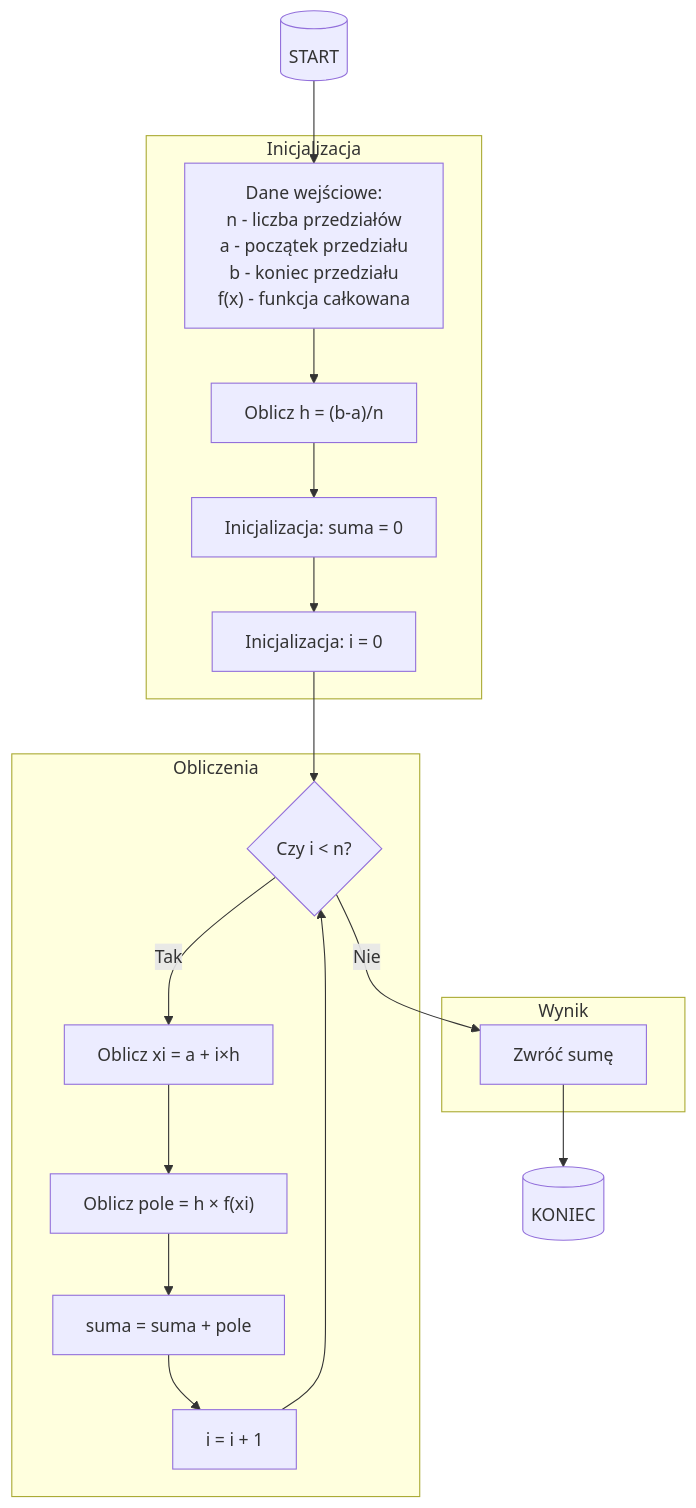
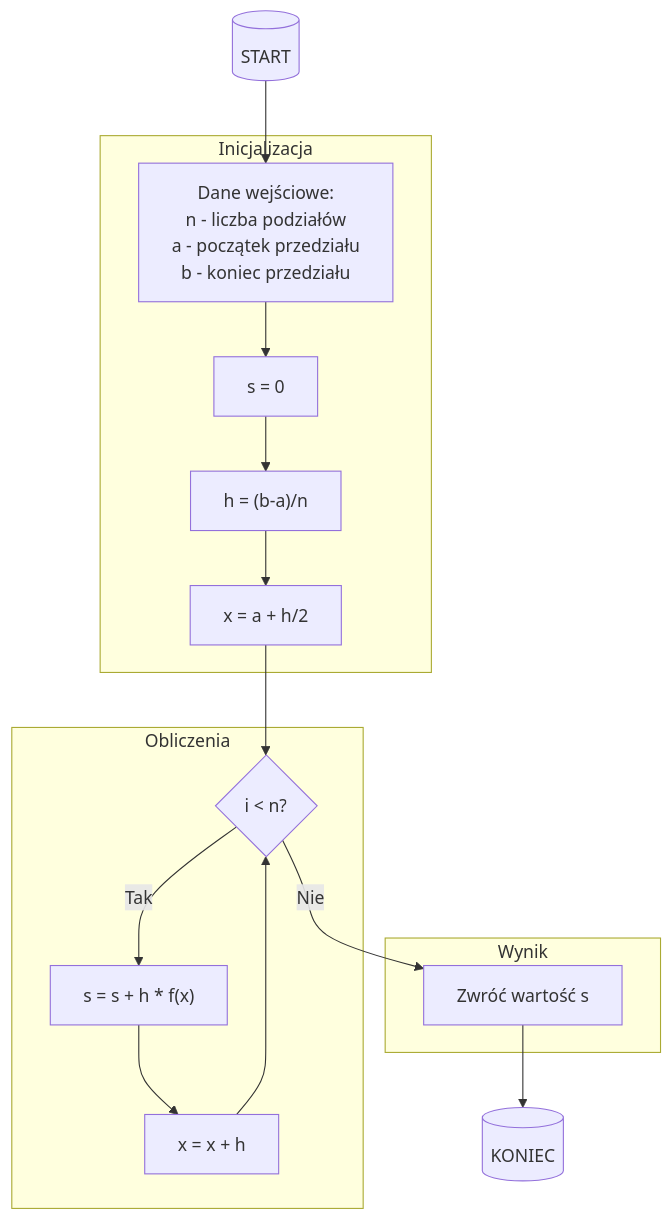
Before and after one commit to Mateuszpietrusinski/algorithms-1: the first of 3 diagrams in AiSD6_C5A/exercise_1/readme.md, drawn with Mermaid. The commit also changed other lines of this file and 2 other files, not shown here.

````diff
--- a/AiSD6_C5A/exercise_1/readme.md
+++ b/AiSD6_C5A/exercise_1/readme.md
@@ -4,51 +4,36 @@
 ```mermaid
 graph TD
     Start[("START")]
-    Input["Dane wejściowe:
-    n - liczba przedziałów
-    a - początek przedziału
-    b - koniec przedziału
-    f(x) - funkcja całkowana"]
-    CalcH["Oblicz h = (b-a)/n"]
-    InitSum["Inicjalizacja: suma = 0"]
-    InitI["Inicjalizacja: i = 0"]
-    CheckI{"Czy i < n?"}
-    CalcX["Oblicz xi = a + i×h"]
-    CalcArea["Oblicz pole = h × f(xi)"]
-    AddSum["suma = suma + pole"]
-    IncrI["i = i + 1"]
-    Return["Zwróć sumę"]
     End[("KONIEC")]
 
-    Start --> Input
-    Input --> CalcH
-    CalcH --> InitSum
-    InitSum --> InitI
-    InitI --> CheckI
-    CheckI -->|Tak| CalcX
-    CalcX --> CalcArea
-    CalcArea --> AddSum
-    AddSum --> IncrI
-    IncrI --> CheckI
-    CheckI -->|Nie| Return
-    Return --> End
-
     subgraph Inicjalizacja
-        Input
-        CalcH
-        InitSum
-        InitI
+        Input["Dane wejściowe:
+        n - liczba podziałów
+        a - początek przedziału
+        b - koniec przedziału"]
+        InitS["s = 0"]
+        CalcH["h = (b-a)/n"]
+        InitX["x = a + h/2"]
     end
 
     subgraph Obliczenia
-        CheckI
-        CalcX
-        CalcArea
-        AddSum
-        IncrI
+        CheckI{"i < n?"}
+        CalcArea["s = s + h * f(x)"]
+        UpdateX["x = x + h"]
     end
 
     subgraph Wynik
-        Return
+        ReturnS["Zwróć wartość s"]
     end
+
+    Start --> Input
+    Input --> InitS
+    InitS --> CalcH
+    CalcH --> InitX
+    InitX --> CheckI
+    CheckI -->|Tak| CalcArea
+    CalcArea --> UpdateX
+    UpdateX --> CheckI
+    CheckI -->|Nie| ReturnS
+    ReturnS --> End
 ```
````
